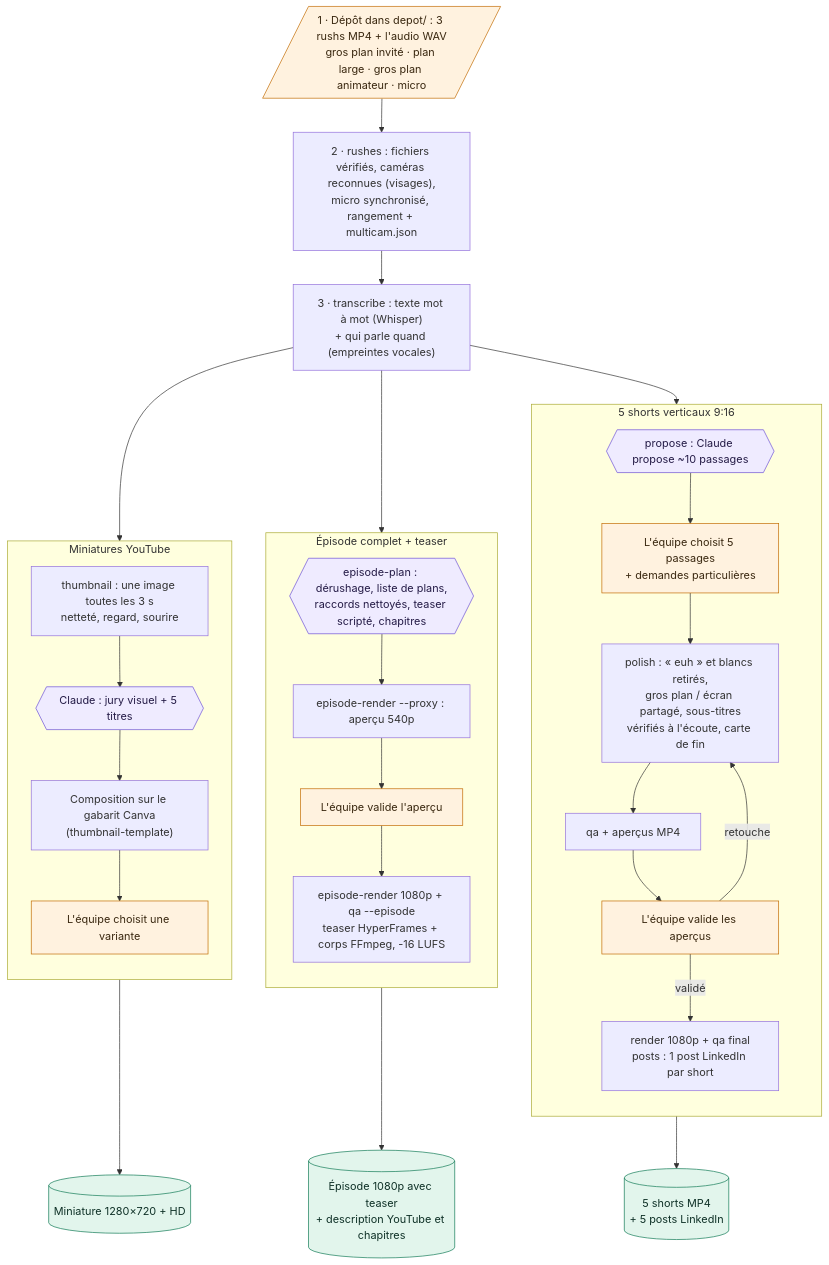
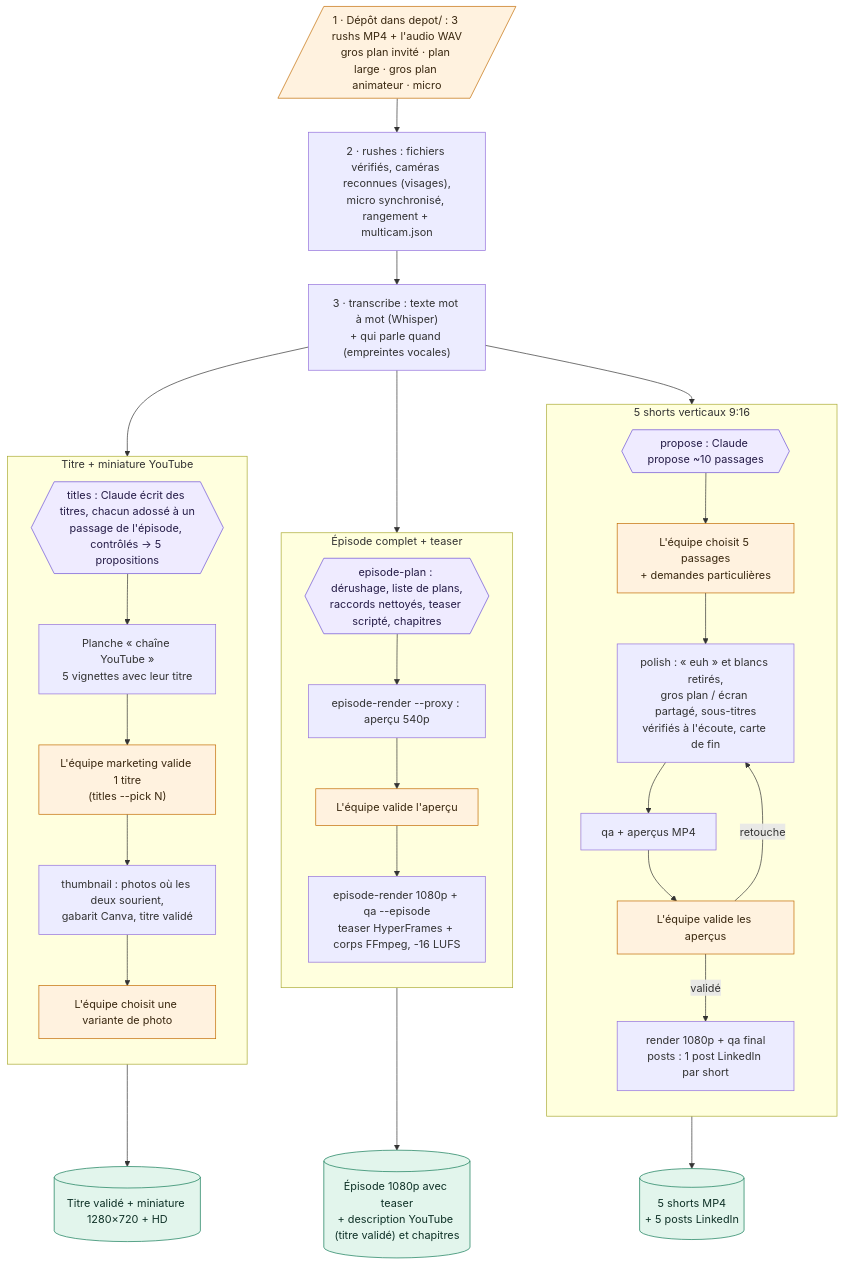
The diagram in README.md (arthurw31/podcast-clipper), drawn with Mermaid before and after one commit. The commit also changed 9 other files, not shown here.

First line of the commit message:
Titre d'épisode : propositions contrôlées, validation par l'équipe marketing, un seul titre pour YouTube et la vignette

````diff
--- a/README.md
+++ b/README.md
@@ -22,44 +22,45 @@
 ```mermaid
 flowchart TD
     IN[/"1 · Dépôt dans depot/ : 3 rushs MP4 + l'audio WAV<br/>gros plan invité · plan large · gros plan animateur · micro"/]
     IN --> FE["2 · rushes : fichiers vérifiés, caméras reconnues (visages),<br/>micro synchronisé, rangement + multicam.json"]
     FE --> TR["3 · transcribe : texte mot à mot (Whisper)<br/>+ qui parle quand (empreintes vocales)"]
     TR --> S1
     TR --> E1
     TR --> M1
 
     subgraph SH["5 shorts verticaux 9:16"]
         direction TB
         S1{{"propose : Claude propose ~10 passages"}} --> S2["L'équipe choisit 5 passages<br/>+ demandes particulières"]
         S2 --> S3["polish : « euh » et blancs retirés,<br/>gros plan / écran partagé, sous-titres<br/>vérifiés à l'écoute, carte de fin"]
         S3 --> S4["qa + aperçus MP4"]
         S4 --> S5["L'équipe valide les aperçus"]
         S5 -->|retouche| S3
         S5 -->|validé| S6["render 1080p + qa final<br/>posts : 1 post LinkedIn par short"]
     end
 
     subgraph EP["Épisode complet + teaser"]
         direction TB
         E1{{"episode-plan : dérushage, liste de plans,<br/>raccords nettoyés, teaser scripté, chapitres"}} --> E2["episode-render --proxy : aperçu 540p"]
         E2 --> E3["L'équipe valide l'aperçu"]
         E3 --> E4["episode-render 1080p + qa --episode<br/>teaser HyperFrames + corps FFmpeg, -16 LUFS"]
     end
 
-    subgraph MI["Miniatures YouTube"]
+    subgraph MI["Titre + miniature YouTube"]
         direction TB
-        M1["thumbnail : une image toutes les 3 s<br/>netteté, regard, sourire"] --> M2{{"Claude : jury visuel + 5 titres"}}
-        M2 --> M3["Composition sur le gabarit Canva<br/>(thumbnail-template)"]
-        M3 --> M4["L'équipe choisit une variante"]
+        M1{{"titles : Claude écrit des titres, chacun adossé à un<br/>passage de l'épisode, contrôlés → 5 propositions"}} --> M2["Planche « chaîne YouTube »<br/>5 vignettes avec leur titre"]
+        M2 --> M3["L'équipe marketing valide 1 titre<br/>(titles --pick N)"]
+        M3 --> M4["thumbnail : photos où les deux sourient,<br/>gabarit Canva, titre validé"]
+        M4 --> M5["L'équipe choisit une variante de photo"]
     end
 
     S6 --> L1[("5 shorts MP4<br/>+ 5 posts LinkedIn")]
-    E4 --> L2[("Épisode 1080p avec teaser<br/>+ description YouTube et chapitres")]
-    M4 --> L3[("Miniature 1280×720 + HD")]
+    E4 --> L2[("Épisode 1080p avec teaser<br/>+ description YouTube (titre validé) et chapitres")]
+    M5 --> L3[("Titre validé + miniature 1280×720 + HD")]
 
     classDef human fill:#FFF2DF,stroke:#C26A00,color:#3A2810;
     classDef llm fill:#EFEBFF,stroke:#6B4FD8,color:#251C47;
     classDef deliver fill:#E2F5EC,stroke:#0F7A55,color:#0F3127;
-    class IN,S2,S5,E3,M4 human;
-    class S1,E1,M2 llm;
+    class IN,S2,S5,E3,M3,M5 human;
+    class S1,E1,M1 llm;
     class L1,L2,L3 deliver;
 ```
````
